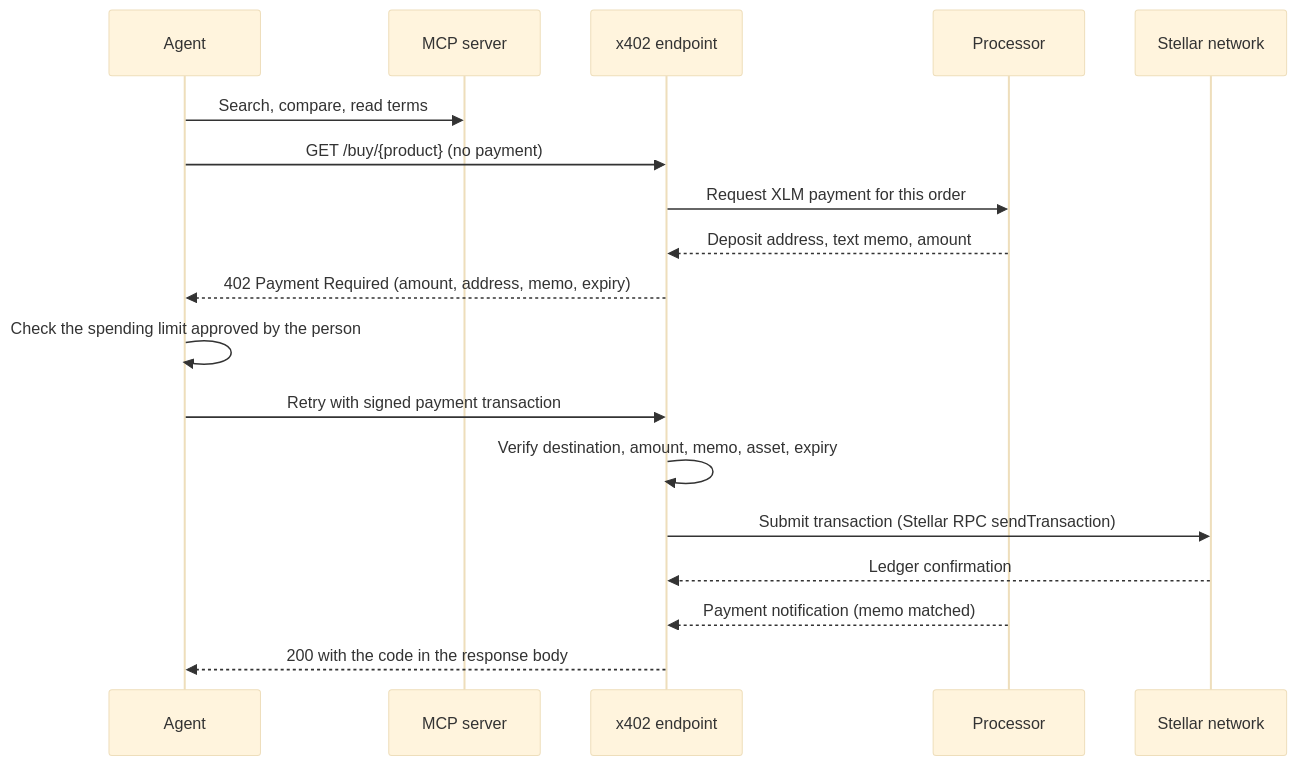
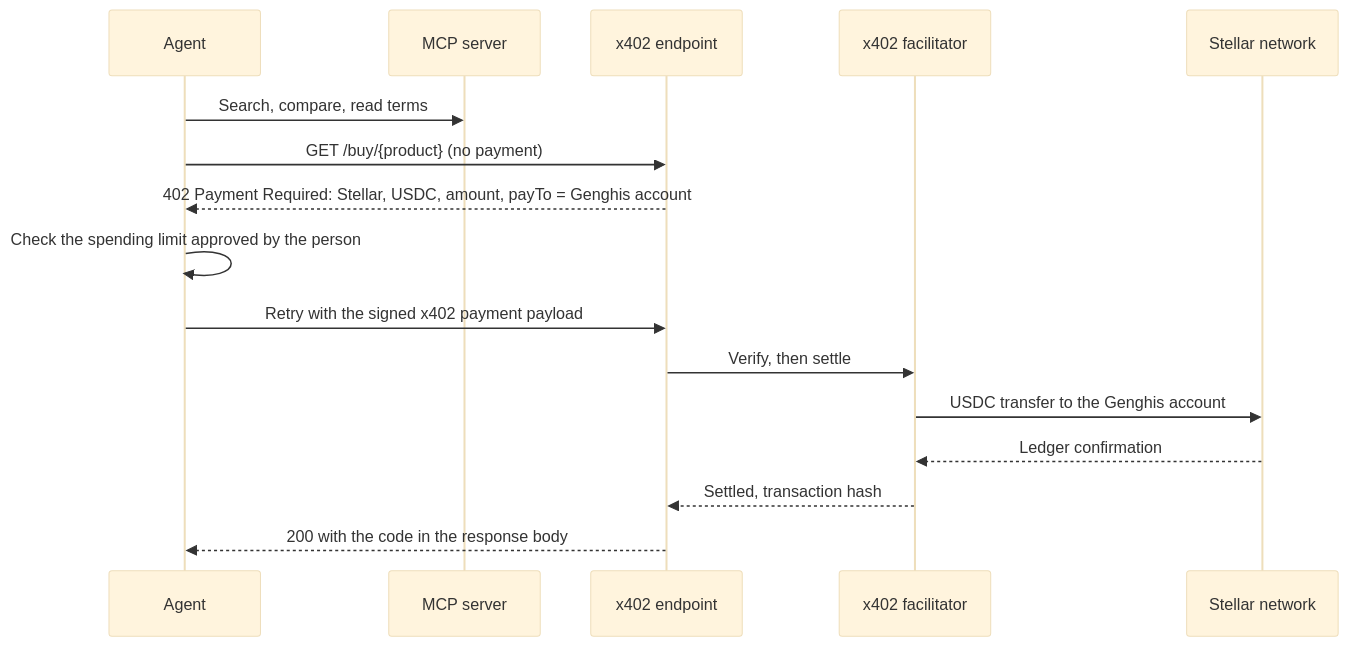
The second of 2 diagrams in ARCHITECTURE.md (genghisecommerce/genghis-stellar-docs), drawn with Mermaid (base theme) before and after one commit. The commit also changed other lines of this file and 1 other file, not shown here.

Commit message:
Architecture v2: USDC first on a Genghis Stellar account, XLM through the processor, standard x402 for agents

````diff
--- a/ARCHITECTURE.md
+++ b/ARCHITECTURE.md
@@ -58,20 +66,18 @@
 ```mermaid
 sequenceDiagram
     participant A as Agent
     participant M as MCP server
     participant X as x402 endpoint
-    participant P as Processor
+    participant F as x402 facilitator
     participant N as Stellar network
     A->>M: Search, compare, read terms
     A->>X: GET /buy/{product} (no payment)
-    X->>P: Request XLM payment for this order
-    P-->>X: Deposit address, text memo, amount
-    X-->>A: 402 Payment Required (amount, address, memo, expiry)
+    X-->>A: 402 Payment Required: Stellar, USDC, amount, payTo = Genghis account
     A->>A: Check the spending limit approved by the person
-    A->>X: Retry with signed payment transaction
-    X->>X: Verify destination, amount, memo, asset, expiry
-    X->>N: Submit transaction (Stellar RPC sendTransaction)
-    N-->>X: Ledger confirmation
-    P-->>X: Payment notification (memo matched)
+    A->>X: Retry with the signed x402 payment payload
+    X->>F: Verify, then settle
+    F->>N: USDC transfer to the Genghis account
+    N-->>F: Ledger confirmation
+    F-->>X: Settled, transaction hash
     X-->>A: 200 with the code in the response body
 ```
````
